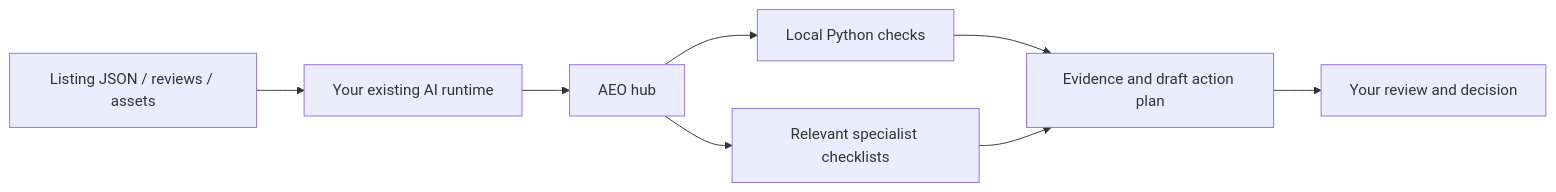
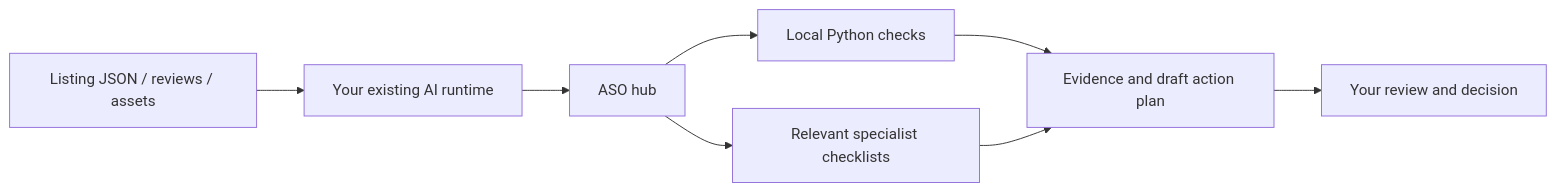
The diagram in README.md (BipinBudhathoki01/claude-aso), drawn with Mermaid before and after one commit. The commit also changed other lines of this file and 89 other files, not shown here.

````diff
--- a/README.md
+++ b/README.md
@@ -167,10 +170,10 @@
 ```mermaid
 flowchart LR
     Input[Listing JSON / reviews / assets] --> Host[Your existing AI runtime]
-    Host --> Hub[AEO hub]
+    Host --> Hub[ASO hub]
     Hub --> Checks[Local Python checks]
     Hub --> Specialists[Relevant specialist checklists]
     Checks --> Report[Evidence and draft action plan]
     Specialists --> Report
     Report --> Review[Your review and decision]
 ```
````
